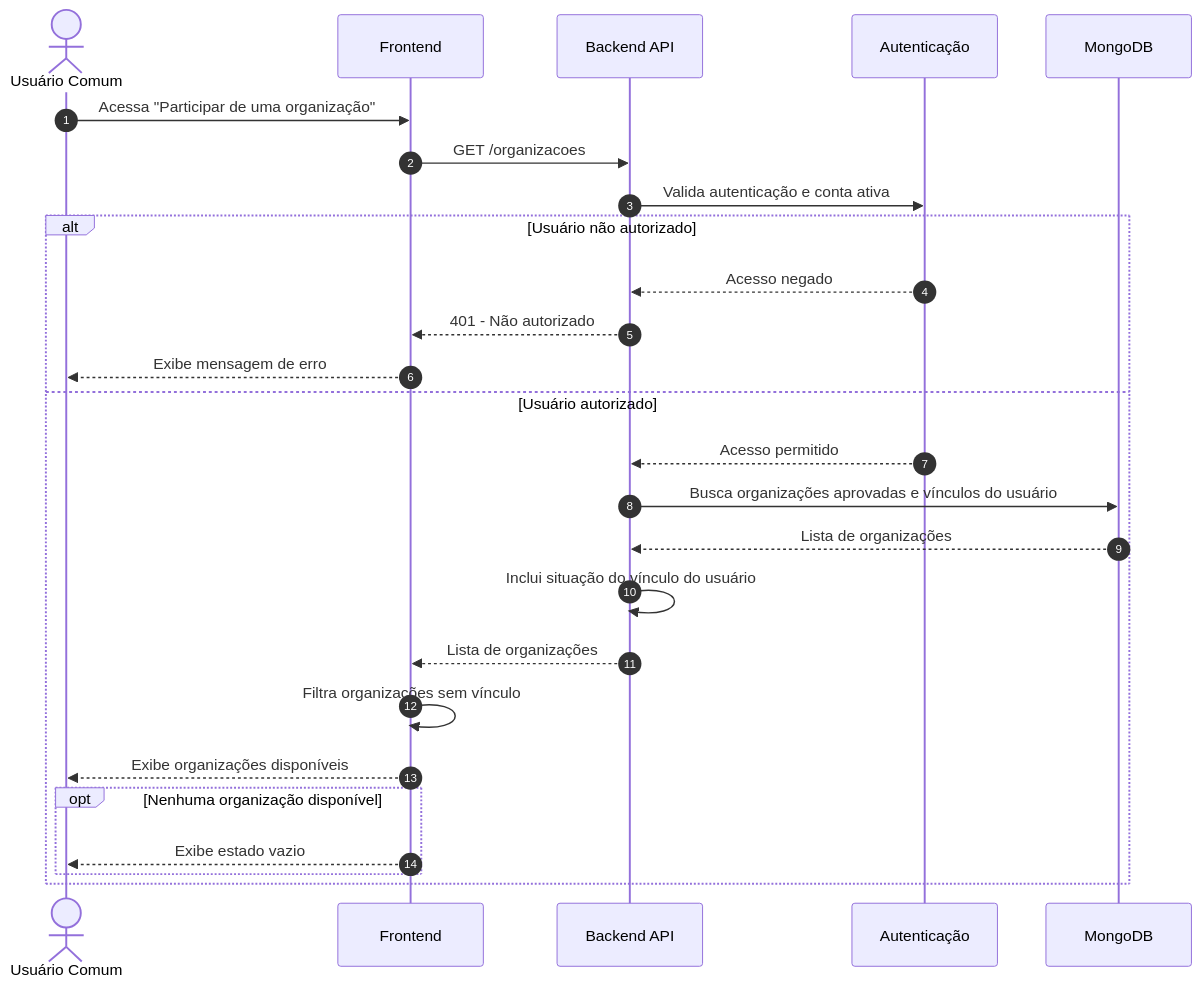
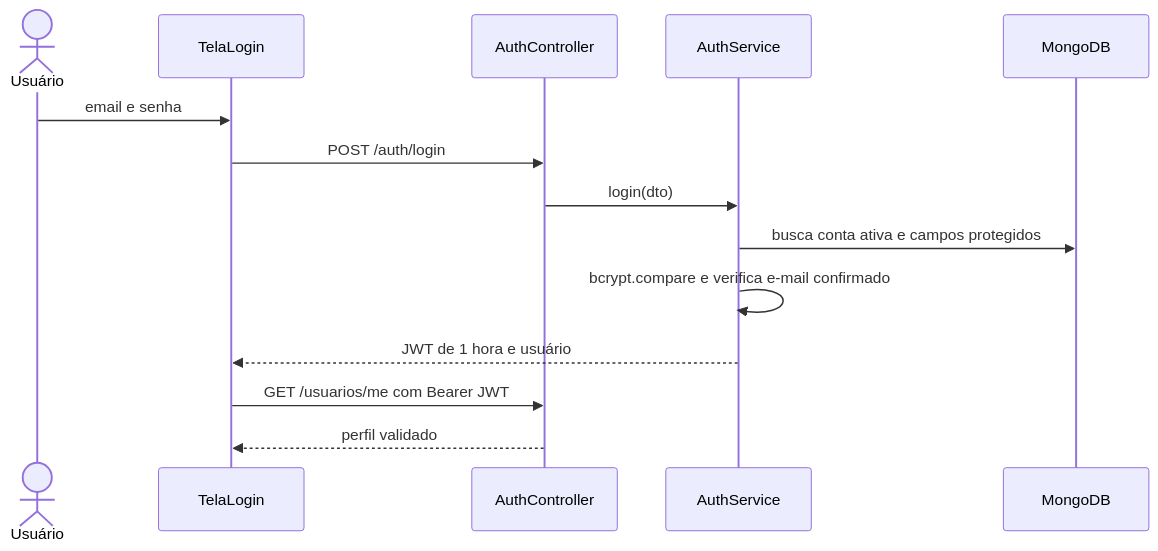
Before and after one commit to Conecta-IFSP/DOCUMENTATION: the second of 7 diagrams in 2 - Incremento1/cadastro-usuario/6 - diagramas-sequencia-cadastro-usuario.md, drawn with Mermaid. The commit also changed other lines of this file and 43 other files, not shown here.

````diff
--- a/2 - Incremento1/cadastro-usuario/6 - diagramas-sequencia-cadastro-usuario.md
+++ b/2 - Incremento1/cadastro-usuario/6 - diagramas-sequencia-cadastro-usuario.md
@@ -69,35 +31,16 @@
 ```mermaid
 sequenceDiagram
-    autonumber
-
-    actor Usuario as Usuário Comum
-    participant Frontend as Frontend
-    participant API as Backend API
-    participant Guards as Autenticação
+    actor U as Usuário
+    participant F as TelaLogin
+    participant AC as AuthController
+    participant AS as AuthService
     participant DB as MongoDB
-
-    Usuario->>Frontend: Acessa "Participar de uma organização"
-    Frontend->>API: GET /organizacoes
-
-    API->>Guards: Valida autenticação e conta ativa
-
-    alt Usuário não autorizado
-        Guards-->>API: Acesso negado
-        API-->>Frontend: 401 - Não autorizado
-        Frontend-->>Usuario: Exibe mensagem de erro
-    else Usuário autorizado
-        Guards-->>API: Acesso permitido
-        API->>DB: Busca organizações aprovadas e vínculos do usuário
-        DB-->>API: Lista de organizações
-
-        API->>API: Inclui situação do vínculo do usuário
-        API-->>Frontend: Lista de organizações
-
-        Frontend->>Frontend: Filtra organizações sem vínculo
-        Frontend-->>Usuario: Exibe organizações disponíveis
-
-        opt Nenhuma organização disponível
-            Frontend-->>Usuario: Exibe estado vazio
-        end
-    end
+    U->>F: email e senha
+    F->>AC: POST /auth/login
+    AC->>AS: login(dto)
+    AS->>DB: busca conta ativa e campos protegidos
+    AS->>AS: bcrypt.compare e verifica e-mail confirmado
+    AS-->>F: JWT de 1 hora e usuário
+    F->>AC: GET /usuarios/me com Bearer JWT
+    AC-->>F: perfil validado
 ```
````
